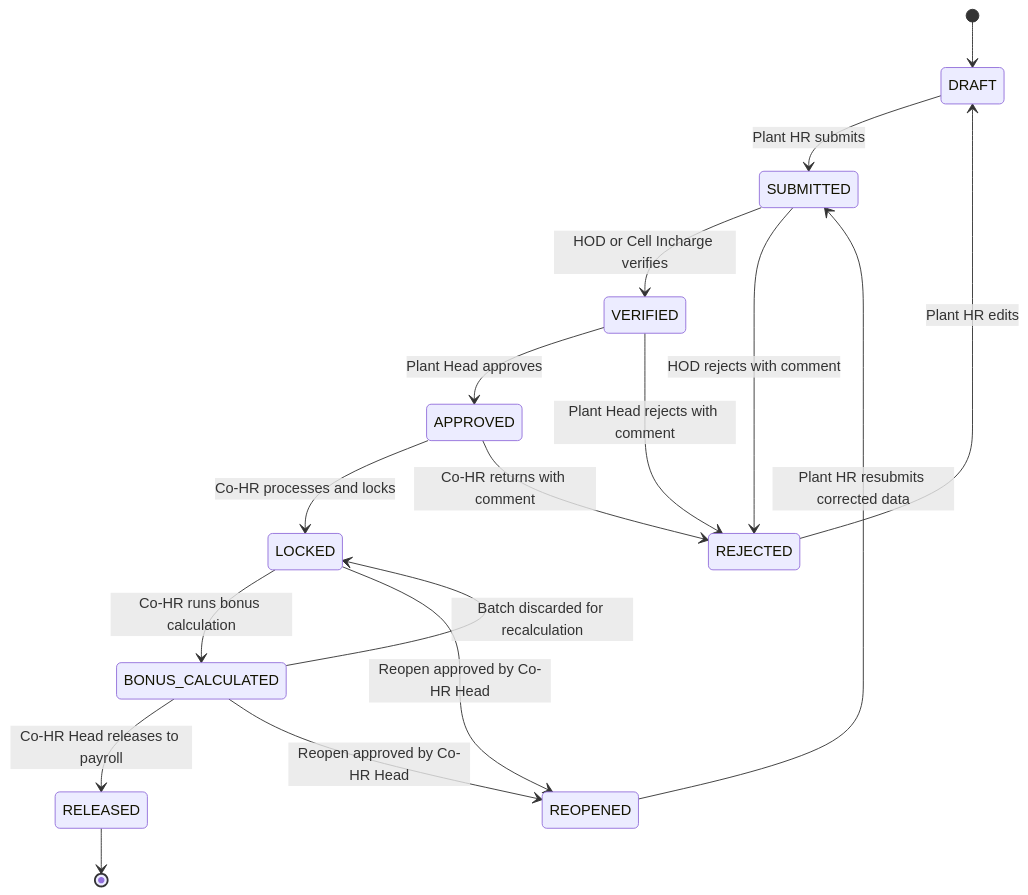
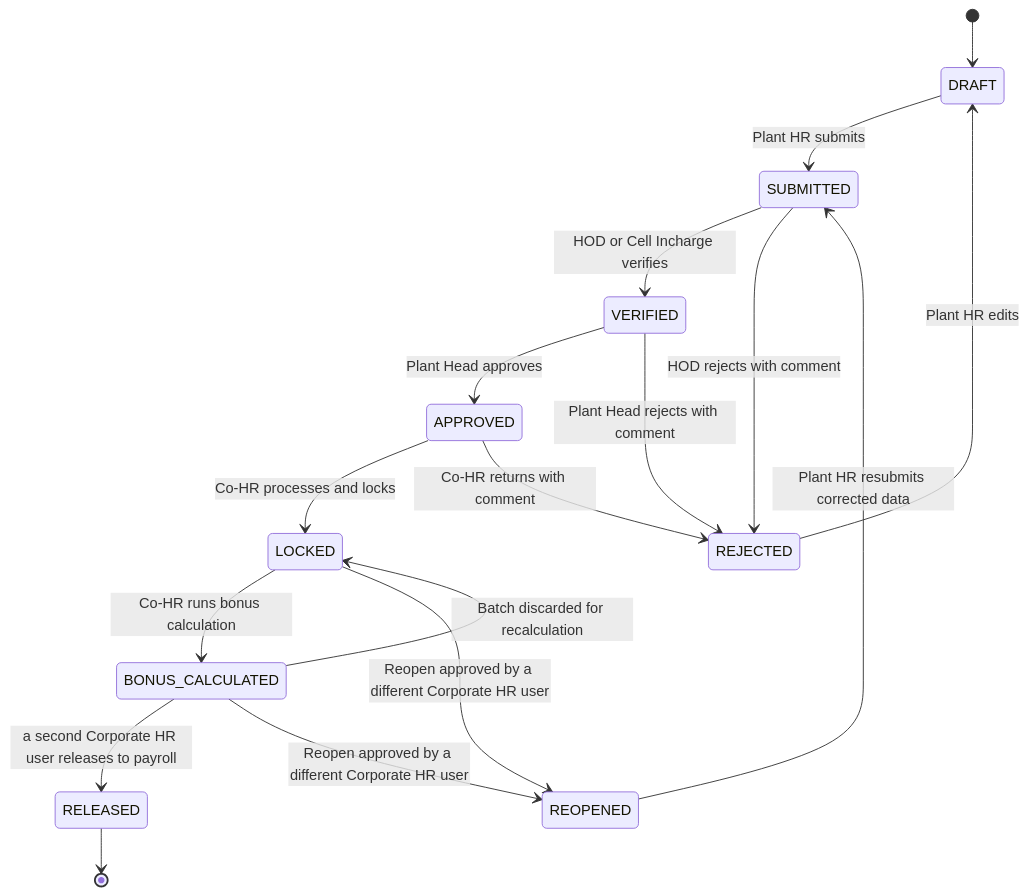
One commit to harshda-vatsin/performance-tracker changed the first of 3 diagrams in docs/design/06-workflows.md. Above: the diagram before and after it, drawn with Mermaid. The commit also changed other lines of this file and 35 other files, not shown here.

````diff
--- a/docs/design/06-workflows.md
+++ b/docs/design/06-workflows.md
@@ -7,19 +7,19 @@
 ```mermaid
 stateDiagram-v2
   [*] --> DRAFT
   DRAFT --> SUBMITTED : Plant HR submits
   SUBMITTED --> VERIFIED : HOD or Cell Incharge verifies
   SUBMITTED --> REJECTED : HOD rejects with comment
   VERIFIED --> APPROVED : Plant Head approves
   VERIFIED --> REJECTED : Plant Head rejects with comment
   REJECTED --> DRAFT : Plant HR edits
   APPROVED --> LOCKED : Co-HR processes and locks
   APPROVED --> REJECTED : Co-HR returns with comment
   LOCKED --> BONUS_CALCULATED : Co-HR runs bonus calculation
-  BONUS_CALCULATED --> RELEASED : Co-HR Head releases to payroll
+  BONUS_CALCULATED --> RELEASED : a second Corporate HR user releases to payroll
   BONUS_CALCULATED --> LOCKED : Batch discarded for recalculation
-  LOCKED --> REOPENED : Reopen approved by Co-HR Head
-  BONUS_CALCULATED --> REOPENED : Reopen approved by Co-HR Head
+  LOCKED --> REOPENED : Reopen approved by a different Corporate HR user
+  BONUS_CALCULATED --> REOPENED : Reopen approved by a different Corporate HR user
   REOPENED --> SUBMITTED : Plant HR resubmits corrected data
   RELEASED --> [*]
 ```
````
